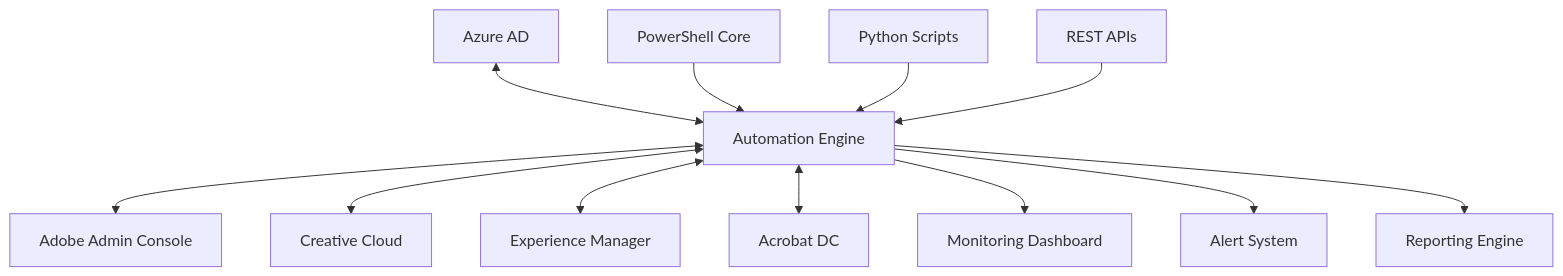
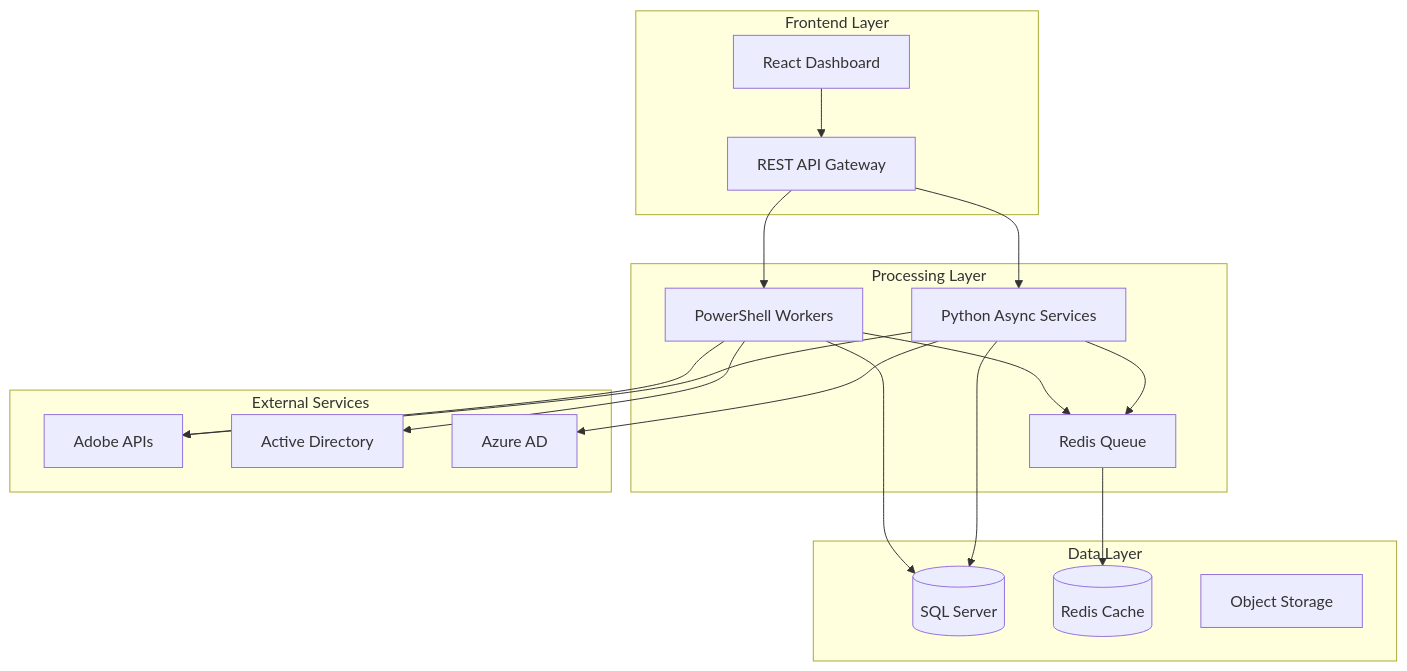
The diagram in README.md (wesellis/TECH-Adobe-Enterprise-Automation-PowerShell-Python-Portfolio), drawn with Mermaid before and after one commit. The commit also changed other lines of this file and 10 other files, not shown here.

````diff
--- a/README.md
+++ b/README.md
@@ -145,16 +195,38 @@
 ```mermaid
 graph TB
-    A[Azure AD] <--> B[Automation Engine]
-    B <--> C[Adobe Admin Console]
-    B <--> D[Creative Cloud]
-    B <--> E[Experience Manager]
-    B <--> F[Acrobat DC]
+    subgraph "Frontend Layer"
+        WEB[React Dashboard]
+        API[REST API Gateway]
+    end
 
-    G[PowerShell Core] --> B
-    H[Python Scripts] --> B
-    I[REST APIs] --> B
+    subgraph "Processing Layer"
+        PS[PowerShell Workers]
+        PY[Python Async Services]
+        QUEUE[Redis Queue]
+    end
 
-    B --> J[Monitoring Dashboard]
-    B --> K[Alert System]
-    B --> L[Reporting Engine]
+    subgraph "Data Layer"
+        SQL[(SQL Server)]
+        REDIS[(Redis Cache)]
+        S3[Object Storage]
+    end
+
+    subgraph "External Services"
+        ADOBE[Adobe APIs]
+        AD[Active Directory]
+        AZURE[Azure AD]
+    end
+
+    WEB --> API
+    API --> PS
+    API --> PY
+    PS --> QUEUE
+    PY --> QUEUE
+    QUEUE --> REDIS
+    PS --> SQL
+    PY --> SQL
+    PS --> ADOBE
+    PY --> ADOBE
+    PS --> AD
+    PY --> AZURE
 ```
````
